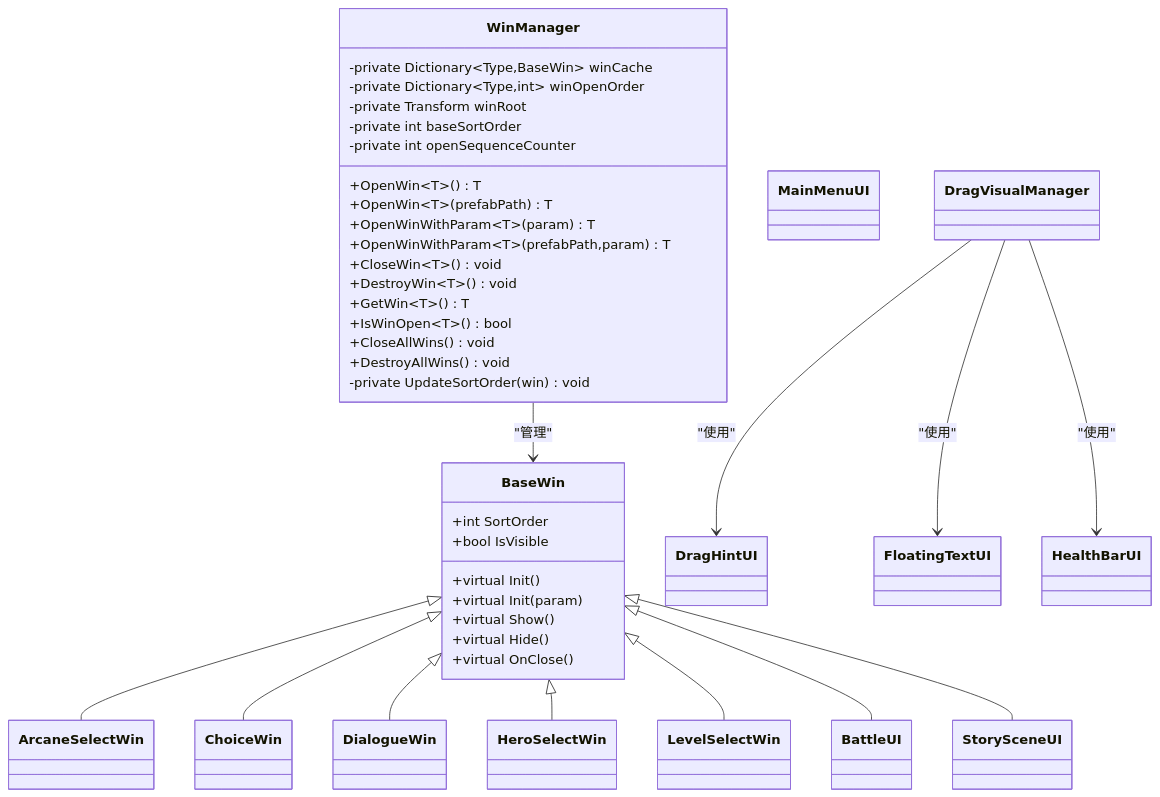
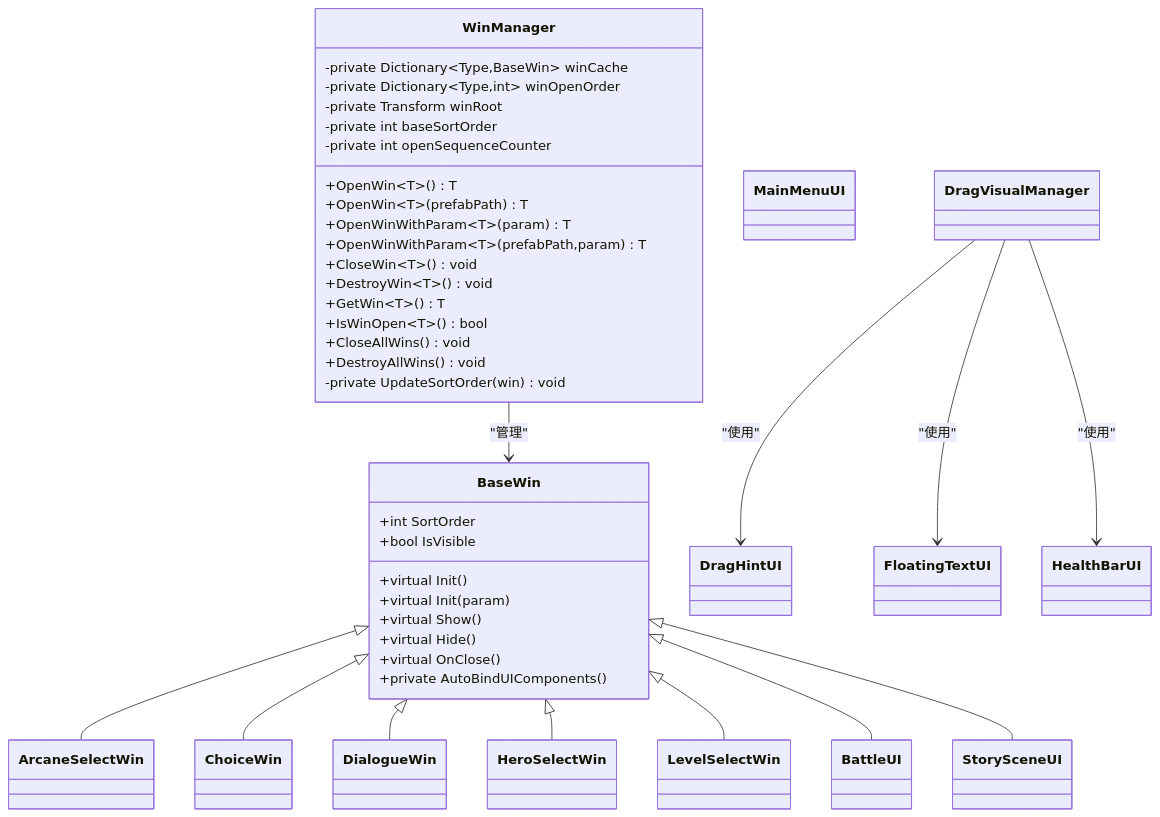
One commit to Tuusen/p1_client changed the second of 8 diagrams in .qoder/repowiki/zh/content/用户界面系统/用户界面系统.md. Above: the diagram before and after it, drawn with Mermaid. The commit also changed other lines of this file and 4 other files, not shown here.

````diff
--- a/.qoder/repowiki/zh/content/用户界面系统/用户界面系统.md
+++ b/.qoder/repowiki/zh/content/用户界面系统/用户界面系统.md
@@ -127,53 +128,54 @@
 ```mermaid
 classDiagram
 class BaseWin {
 +int SortOrder
 +bool IsVisible
 +virtual Init()
 +virtual Init(param)
 +virtual Show()
 +virtual Hide()
 +virtual OnClose()
++private AutoBindUIComponents()
 }
 class WinManager {
 -private Dictionary~Type,BaseWin~ winCache
 -private Dictionary~Type,int~ winOpenOrder
 -private Transform winRoot
 -private int baseSortOrder
 -private int openSequenceCounter
 +OpenWin~T~() T
 +OpenWin~T~(prefabPath) T
 +OpenWinWithParam~T~(param) T
 +OpenWinWithParam~T~(prefabPath,param) T
 +CloseWin~T~() void
 +DestroyWin~T~() void
 +GetWin~T~() T
 +IsWinOpen~T~() bool
 +CloseAllWins() void
 +DestroyAllWins() void
 -private UpdateSortOrder(win) void
 }
 class BattleUI
 class MainMenuUI
 class StorySceneUI
 class ArcaneSelectWin
 class ChoiceWin
 class DialogueWin
 class HeroSelectWin
 class LevelSelectWin
 class DragHintUI
 class FloatingTextUI
 class HealthBarUI
 class DragVisualManager
 BaseWin <|-- ArcaneSelectWin
 BaseWin <|-- ChoiceWin
 BaseWin <|-- DialogueWin
 BaseWin <|-- HeroSelectWin
 BaseWin <|-- LevelSelectWin
 BaseWin <|-- BattleUI
 BaseWin <|-- StorySceneUI
 WinManager --> BaseWin : "管理"
 DragVisualManager --> DragHintUI : "使用"
 DragVisualManager --> FloatingTextUI : "使用"
 DragVisualManager --> HealthBarUI : "使用"
 ```
````
